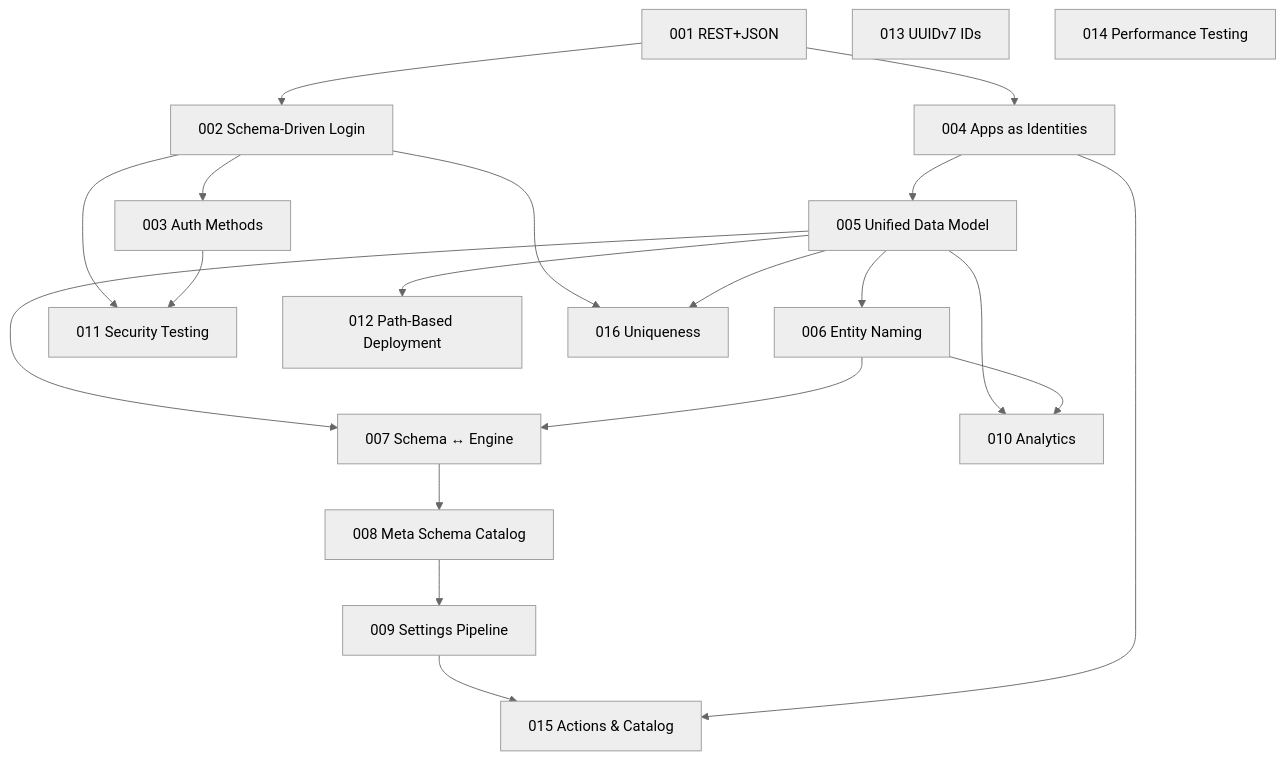
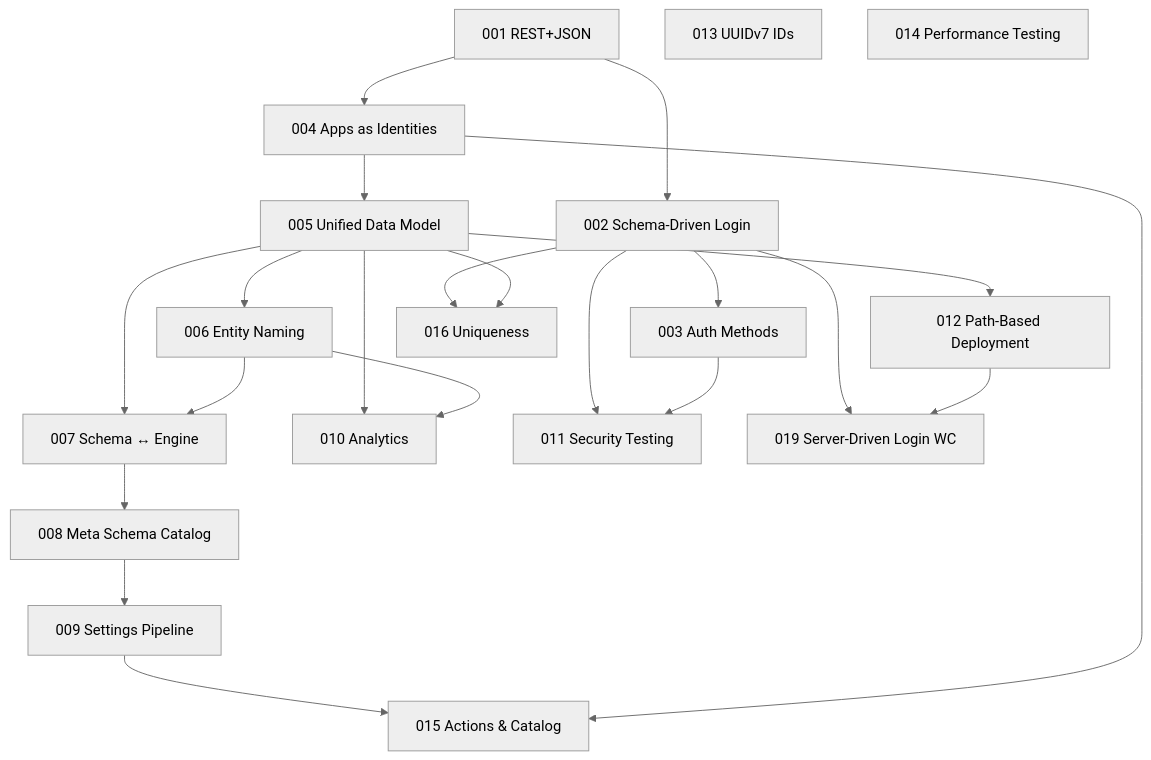
Before and after one commit to fforootd/hodor: the diagram in docs/000-index.md, drawn with Mermaid (neutral theme). The commit also changed other lines of this file and 55 other files, not shown here.

````diff
--- a/docs/000-index.md
+++ b/docs/000-index.md
@@ -55,23 +56,25 @@
 ```mermaid
 graph TD
     A001[001 REST+JSON] --> A002[002 Schema-Driven Login]
     A002 --> A003[003 Auth Methods]
     A001 --> A004[004 Apps as Identities]
     A004 --> A005[005 Unified Data Model]
     A005 --> A006[006 Entity Naming]
     A005 --> A007[007 Schema ↔ Engine]
     A006 --> A007
     A007 --> A008[008 Meta Schema Catalog]
     A008 --> A009[009 Settings Pipeline]
     A005 --> A010[010 Analytics]
     A006 --> A010
     A002 --> A011[011 Security Testing]
     A003 --> A011
     A005 --> A012[012 Path-Based Deployment]
     A013[013 UUIDv7 IDs]
     A014[014 Performance Testing]
     A009 --> A015[015 Actions & Catalog]
     A004 --> A015
     A002 --> A016[016 Uniqueness]
     A005 --> A016
+    A002 --> A019[019 Server-Driven Login WC]
+    A012 --> A019
 ```
````
